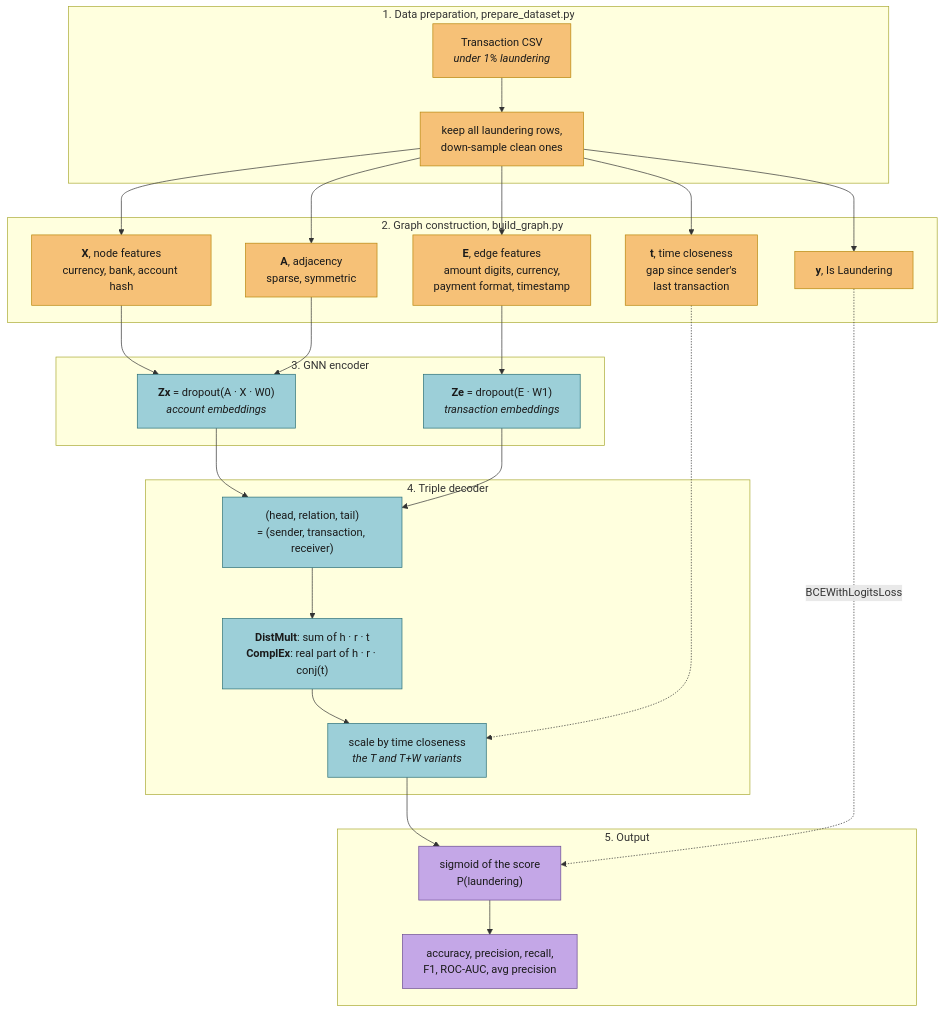
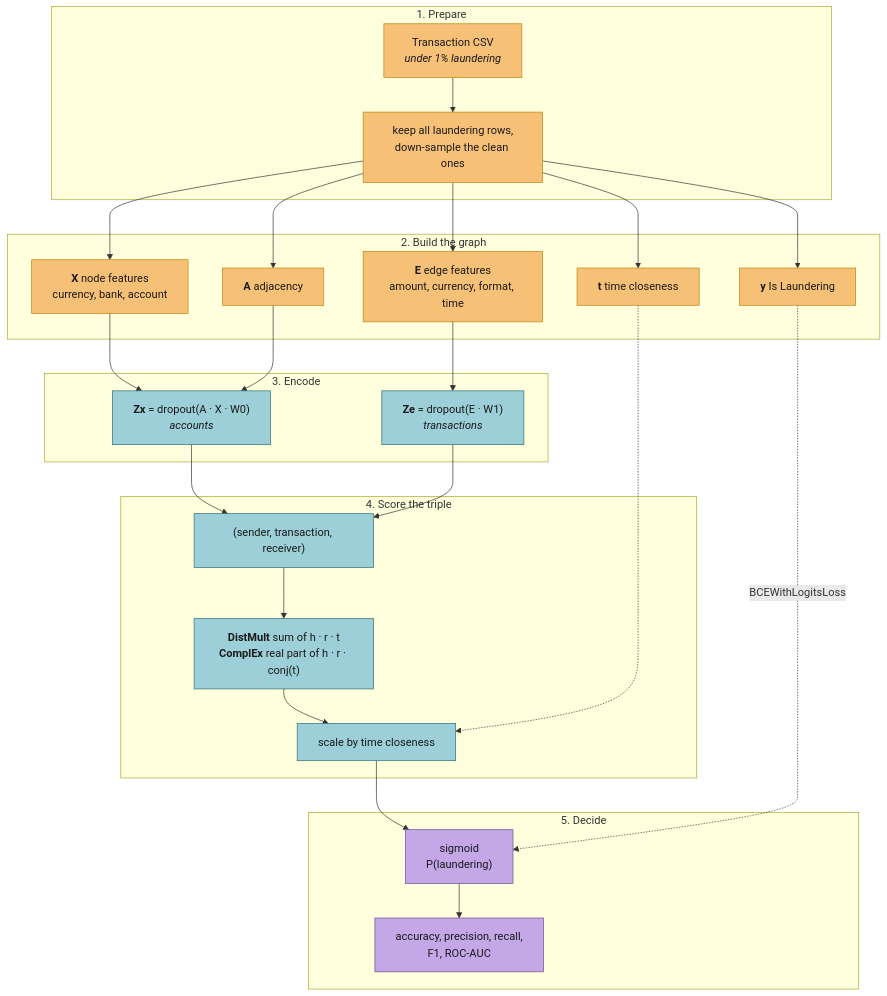
The diagram in README.md (owhygithub/prj-1-AMLFraudDetectionModel-DeepLearning-GNN-2024), drawn with Mermaid before and after one commit. The commit also changed other lines of this file and 11 other files, not shown here.

````diff
--- a/README.md
+++ b/README.md
@@ -22,54 +20,54 @@
 ```mermaid
 flowchart TD
-    subgraph prep["1. Data preparation, prepare_dataset.py"]
+    subgraph prep["1. Prepare"]
         raw["Transaction CSV<br/><i>under 1% laundering</i>"]
-        bal["keep all laundering rows,<br/>down-sample clean ones"]
+        bal["keep all laundering rows,<br/>down-sample the clean ones"]
         raw --> bal
     end
 
-    subgraph build["2. Graph construction, build_graph.py"]
-        nodes["<b>X</b>, node features<br/>currency, bank, account hash"]
-        edges["<b>E</b>, edge features<br/>amount digits, currency,<br/>payment format, timestamp"]
-        adj["<b>A</b>, adjacency<br/>sparse, symmetric"]
-        time["<b>t</b>, time closeness<br/>gap since sender's<br/>last transaction"]
-        labels["<b>y</b>, Is Laundering"]
+    subgraph build["2. Build the graph"]
+        nodes["<b>X</b> node features<br/>currency, bank, account"]
+        edges["<b>E</b> edge features<br/>amount, currency, format, time"]
+        adj["<b>A</b> adjacency"]
+        time["<b>t</b> time closeness"]
+        labels["<b>y</b> Is Laundering"]
     end
 
     bal --> nodes & edges & adj & time & labels
 
-    subgraph enc["3. GNN encoder"]
-        zx["<b>Zx</b> = dropout(A · X · W0)<br/><i>account embeddings</i>"]
-        ze["<b>Ze</b> = dropout(E · W1)<br/><i>transaction embeddings</i>"]
+    subgraph enc["3. Encode"]
+        zx["<b>Zx</b> = dropout(A · X · W0)<br/><i>accounts</i>"]
+        ze["<b>Ze</b> = dropout(E · W1)<br/><i>transactions</i>"]
     end
 
     nodes --> zx
     adj --> zx
     edges --> ze
 
-    subgraph dec["4. Triple decoder"]
-        triple["(head, relation, tail)<br/>= (sender, transaction, receiver)"]
-        score["<b>DistMult</b>: sum of h · r · t<br/><b>ComplEx</b>: real part of h · r · conj(t)"]
-        gate["scale by time closeness<br/><i>the T and T+W variants</i>"]
+    subgraph dec["4. Score the triple"]
+        triple["(sender, transaction, receiver)"]
+        score["<b>DistMult</b> sum of h · r · t<br/><b>ComplEx</b> real part of h · r · conj(t)"]
+        gate["scale by time closeness"]
         triple --> score --> gate
     end
 
     zx --> triple
     ze --> triple
     time -.-> gate
 
-    subgraph output["5. Output"]
-        logit["sigmoid of the score<br/>P(laundering)"]
-        eval["accuracy, precision, recall,<br/>F1, ROC-AUC, avg precision"]
+    subgraph output["5. Decide"]
+        logit["sigmoid<br/>P(laundering)"]
+        eval["accuracy, precision, recall,<br/>F1, ROC-AUC"]
         logit --> eval
     end
 
     gate --> logit
     labels -.->|BCEWithLogitsLoss| logit
 
     classDef data fill:#f6c177,stroke:#b8860b,color:#1a1a1a
     classDef model fill:#9ccfd8,stroke:#2a6f77,color:#1a1a1a
     classDef result fill:#c4a7e7,stroke:#6b4c93,color:#1a1a1a
     class raw,bal,nodes,edges,adj,time,labels data
     class zx,ze,triple,score,gate model
     class logit,eval result
 ```
````
